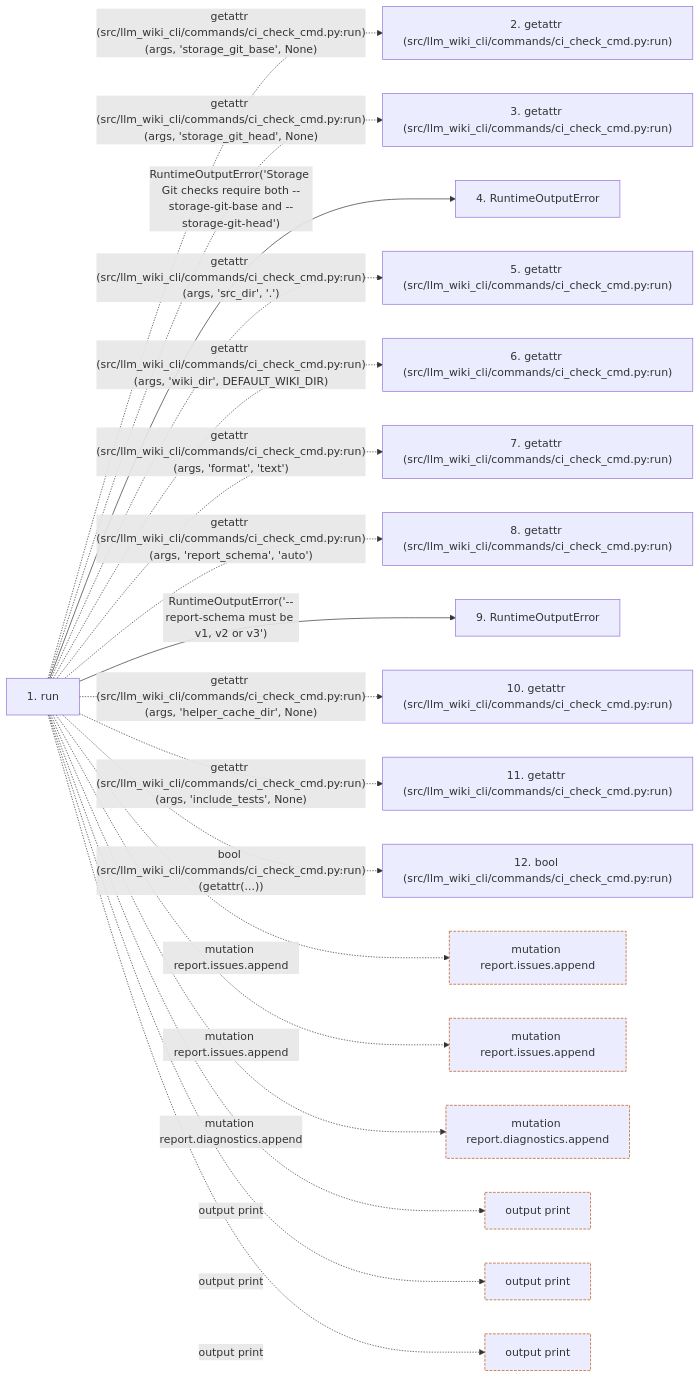
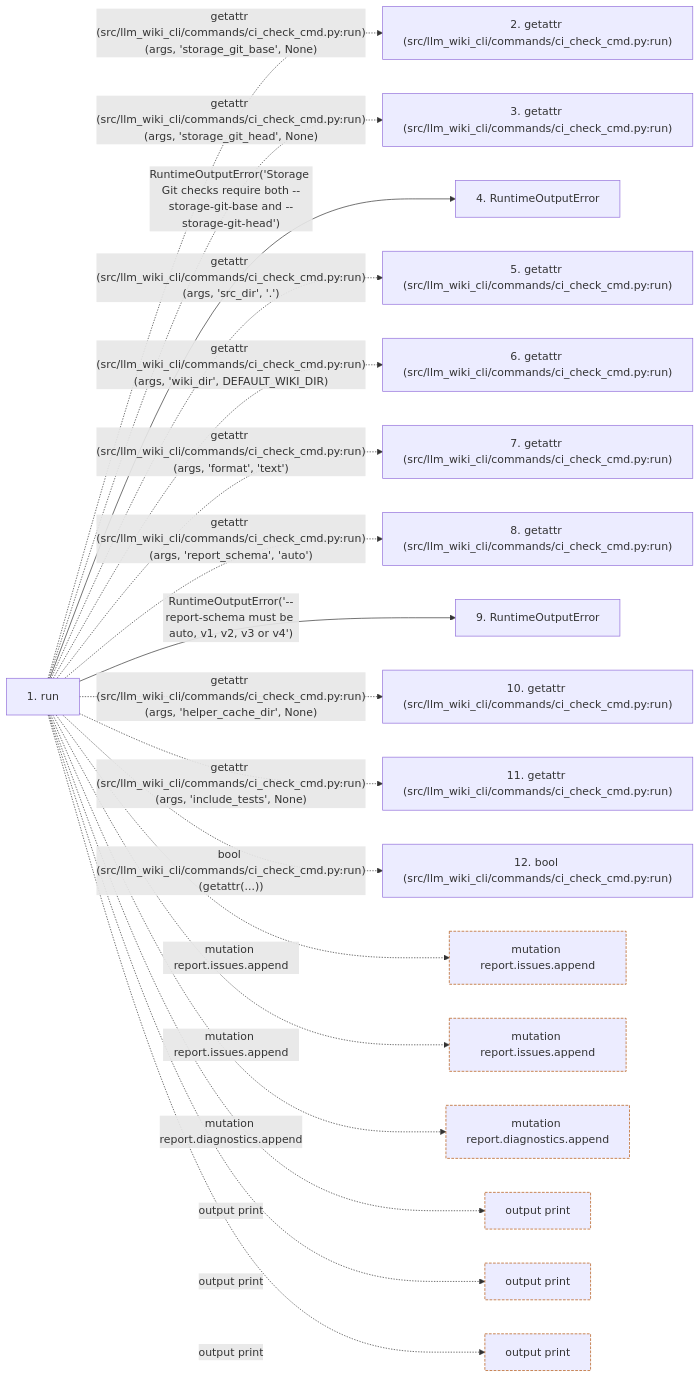
The second of 2 diagrams in docs/llm_wiki/flows/cli-ci-check.md (Denissvgn/python-wiki-llm), drawn with Mermaid before and after one commit. The commit also changed other lines of this file and 297 other files, not shown here.

Commit message:
docs(wiki): explain complete CI schema diagnostics

````diff
--- a/docs/llm_wiki/flows/cli-ci-check.md
+++ b/docs/llm_wiki/flows/cli-ci-check.md
@@ -178,48 +178,48 @@
 ```mermaid
 flowchart LR
     s1["1. run"]
     s2["2. getattr (src/llm_wiki_cli/commands/ci_check_cmd.py:run)"]
     s3["3. getattr (src/llm_wiki_cli/commands/ci_check_cmd.py:run)"]
     s4["4. RuntimeOutputError"]
     s5["5. getattr (src/llm_wiki_cli/commands/ci_check_cmd.py:run)"]
     s6["6. getattr (src/llm_wiki_cli/commands/ci_check_cmd.py:run)"]
     s7["7. getattr (src/llm_wiki_cli/commands/ci_check_cmd.py:run)"]
     s8["8. getattr (src/llm_wiki_cli/commands/ci_check_cmd.py:run)"]
     s9["9. RuntimeOutputError"]
     s10["10. getattr (src/llm_wiki_cli/commands/ci_check_cmd.py:run)"]
     s11["11. getattr (src/llm_wiki_cli/commands/ci_check_cmd.py:run)"]
     s12["12. bool (src/llm_wiki_cli/commands/ci_check_cmd.py:run)"]
     s1 -. "getattr (src/llm_wiki_cli/commands/ci_check_cmd.py:run)(args, 'storage_git_base', None)" .-> s2
     s1 -. "getattr (src/llm_wiki_cli/commands/ci_check_cmd.py:run)(args, 'storage_git_head', None)" .-> s3
     s1 -->|"RuntimeOutputError('Storage Git checks require both --storage-git-base and --storage-git-head')"| s4
     s1 -. "getattr (src/llm_wiki_cli/commands/ci_check_cmd.py:run)(args, 'src_dir', '.')" .-> s5
     s1 -. "getattr (src/llm_wiki_cli/commands/ci_check_cmd.py:run)(args, 'wiki_dir', DEFAULT_WIKI_DIR)" .-> s6
     s1 -. "getattr (src/llm_wiki_cli/commands/ci_check_cmd.py:run)(args, 'format', 'text')" .-> s7
     s1 -. "getattr (src/llm_wiki_cli/commands/ci_check_cmd.py:run)(args, 'report_schema', 'auto')" .-> s8
-    s1 -->|"RuntimeOutputError('--report-schema must be v1, v2 or v3')"| s9
+    s1 -->|"RuntimeOutputError('--report-schema must be auto, v1, v2, v3 or v4')"| s9
     s1 -. "getattr (src/llm_wiki_cli/commands/ci_check_cmd.py:run)(args, 'helper_cache_dir', None)" .-> s10
     s1 -. "getattr (src/llm_wiki_cli/commands/ci_check_cmd.py:run)(args, 'include_tests', None)" .-> s11
     s1 -. "bool (src/llm_wiki_cli/commands/ci_check_cmd.py:run)(getattr(...))" .-> s12
     b0["mutation report.issues.append"]
     s1 -. "mutation report.issues.append" .-> b0
     b1["mutation report.issues.append"]
     s1 -. "mutation report.issues.append" .-> b1
     b2["mutation report.diagnostics.append"]
     s1 -. "mutation report.diagnostics.append" .-> b2
     b3["output print"]
     s1 -. "output print" .-> b3
     b4["output print"]
     s1 -. "output print" .-> b4
     b5["output print"]
     s1 -. "output print" .-> b5
     click s1 "../modules/ci_check_cmd.md"
     click s4 "../modules/runtime_output.md"
     click s9 "../modules/runtime_output.md"
     classDef boundary stroke:#b45309,stroke-dasharray: 4 2
     class b0 boundary
     class b1 boundary
     class b2 boundary
     class b3 boundary
     class b4 boundary
     class b5 boundary
 ```
````
